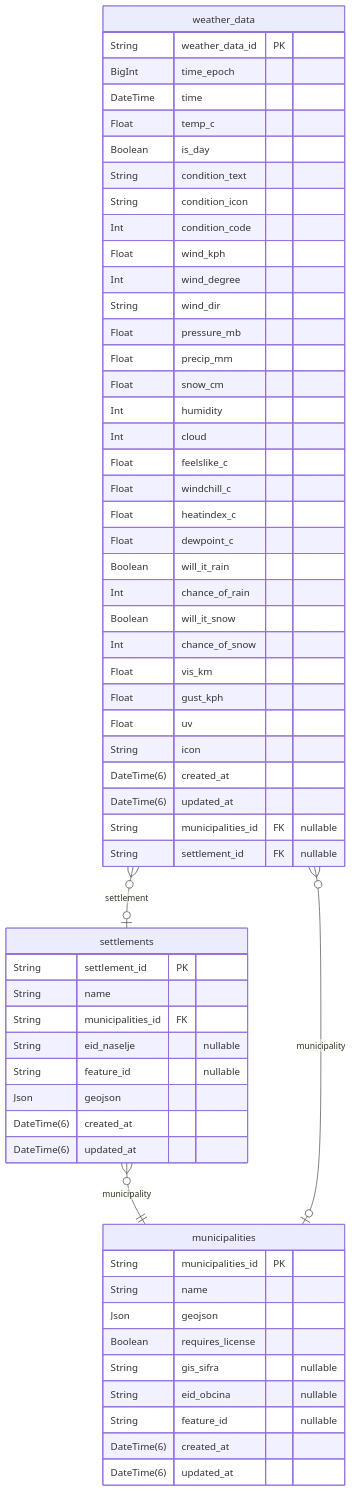
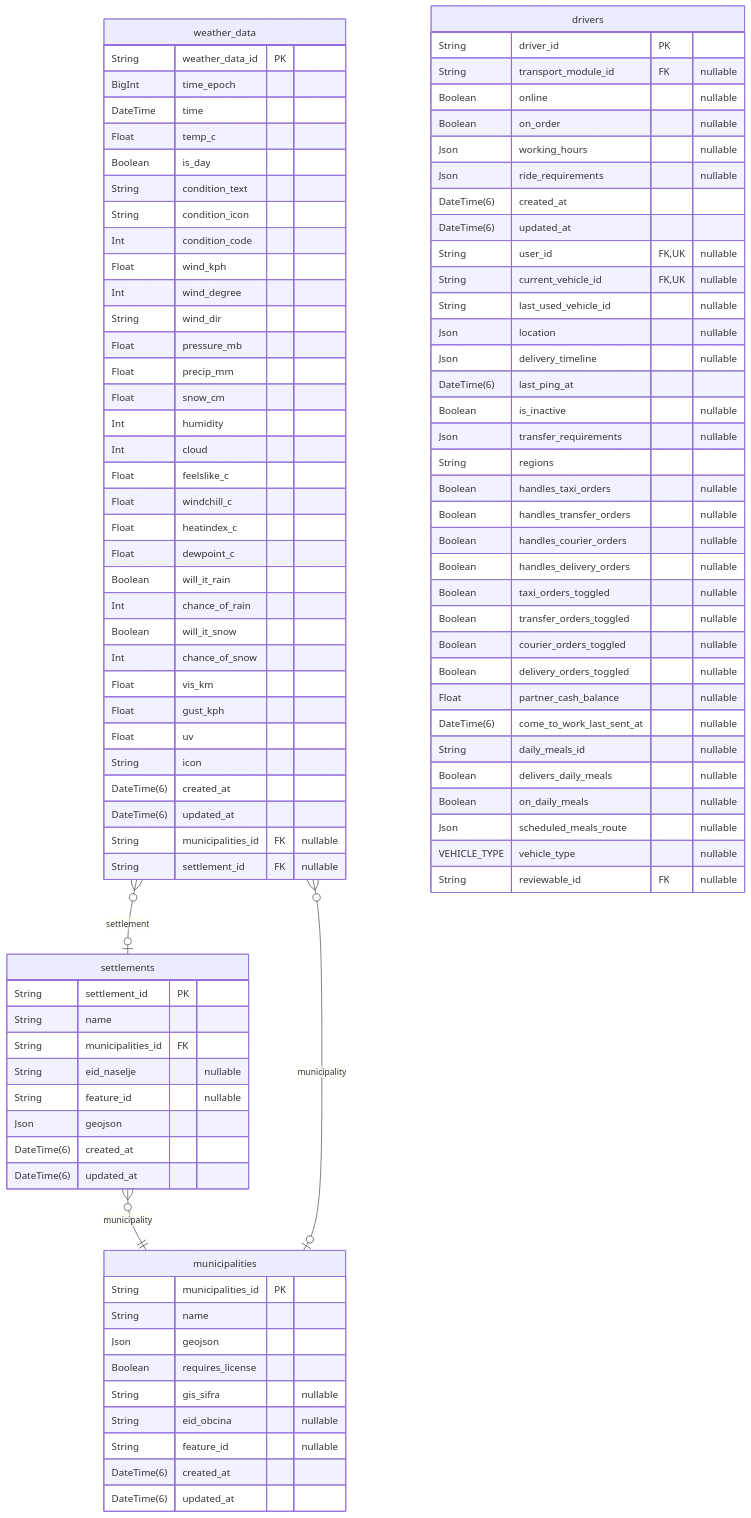
Diagram 15 of 37 in prisma/schemas/ERD.md (pbozic/be-analyisis), drawn with Mermaid before and after one commit. The commit also changed other lines of this file and 6 other files, not shown here.

Commit message:
feature: update to ERD generation with post-processing function

```diff
--- a/prisma/schemas/ERD.md
+++ b/prisma/schemas/ERD.md
@@ -3589,6 +3807,41 @@
   DateTime(6) created_at
   DateTime(6) updated_at
 }
+"drivers" {
+  String driver_id PK
+  String transport_module_id FK "nullable"
+  Boolean online "nullable"
+  Boolean on_order "nullable"
+  Json working_hours "nullable"
+  Json ride_requirements "nullable"
+  DateTime(6) created_at
+  DateTime(6) updated_at
+  String user_id FK,UK "nullable"
+  String current_vehicle_id FK,UK "nullable"
+  String last_used_vehicle_id "nullable"
+  Json location "nullable"
+  Json delivery_timeline "nullable"
+  DateTime(6) last_ping_at
+  Boolean is_inactive "nullable"
+  Json transfer_requirements "nullable"
+  String regions
+  Boolean handles_taxi_orders "nullable"
+  Boolean handles_transfer_orders "nullable"
+  Boolean handles_courier_orders "nullable"
+  Boolean handles_delivery_orders "nullable"
+  Boolean taxi_orders_toggled "nullable"
+  Boolean transfer_orders_toggled "nullable"
+  Boolean courier_orders_toggled "nullable"
+  Boolean delivery_orders_toggled "nullable"
+  Float partner_cash_balance "nullable"
+  DateTime(6) come_to_work_last_sent_at "nullable"
+  String daily_meals_id "nullable"
+  Boolean delivers_daily_meals "nullable"
+  Boolean on_daily_meals "nullable"
+  Json scheduled_meals_route "nullable"
+  VEHICLE_TYPE vehicle_type "nullable"
+  String reviewable_id FK "nullable"
+}
 "settlements" }o--|| "municipalities" : municipality
 "weather_data" }o--o| "municipalities" : municipality
 "weather_data" }o--o| "settlements" : settlement
```
